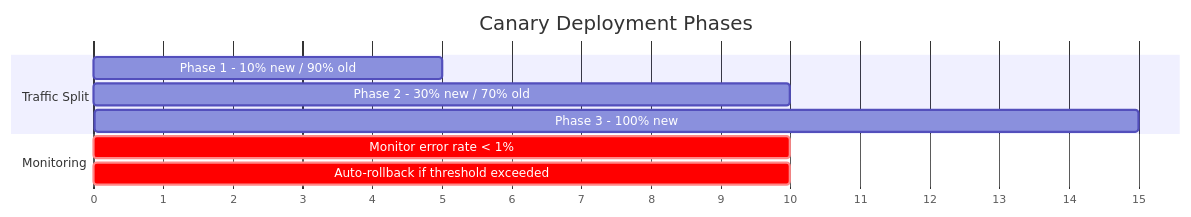
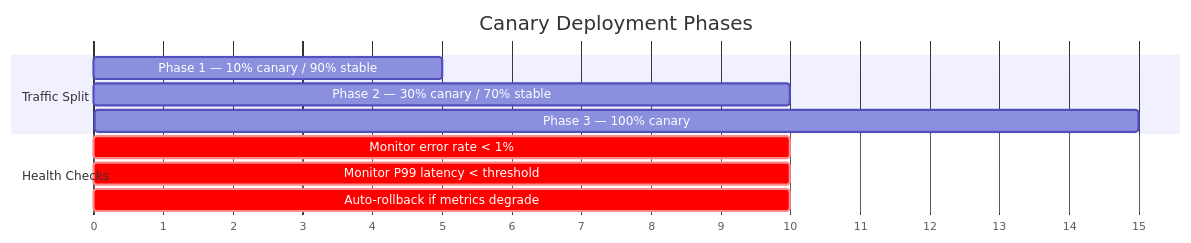
One commit to m24927605/system-architecture-design changed diagram 11 of 11 in ARCHITECTURE.md. Above: the diagram before and after it, drawn with Mermaid. The commit also changed other lines of this file, not shown here.

First line of the commit message:
docs: rewrite ARCHITECTURE.md with 3-phase evolutionary architecture

````diff
--- a/ARCHITECTURE.md
+++ b/ARCHITECTURE.md
@@ -512,15 +977,16 @@
 ```mermaid
 gantt
     title Canary Deployment Phases
     dateFormat X
     axisFormat %s
 
     section Traffic Split
-    Phase 1 - 10% new / 90% old  :a1, 0, 5
-    Phase 2 - 30% new / 70% old  :a2, 5, 10
-    Phase 3 - 100% new           :a3, 10, 15
+    Phase 1 — 10% canary / 90% stable  :a1, 0, 5
+    Phase 2 — 30% canary / 70% stable  :a2, 5, 10
+    Phase 3 — 100% canary              :a3, 10, 15
 
-    section Monitoring
-    Monitor error rate < 1%       :crit, 0, 10
-    Auto-rollback if threshold exceeded :crit, 0, 10
+    section Health Checks
+    Monitor error rate < 1%             :crit, 0, 10
+    Monitor P99 latency < threshold     :crit, 0, 10
+    Auto-rollback if metrics degrade    :crit, 0, 10
 ```
````
